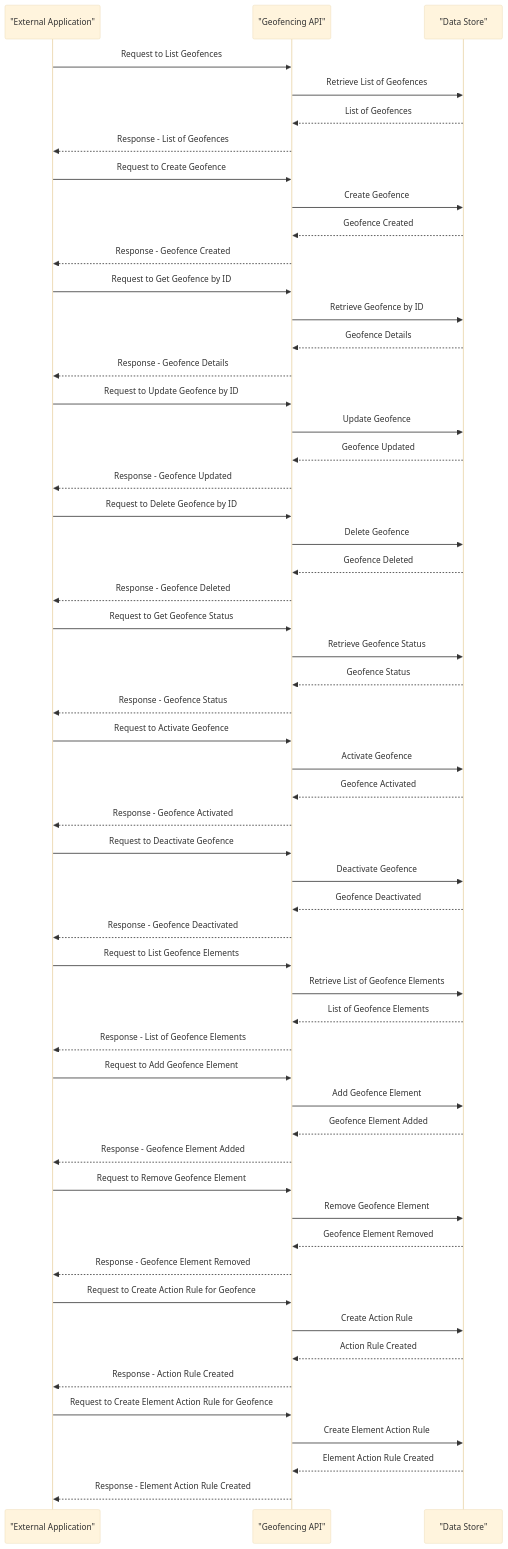
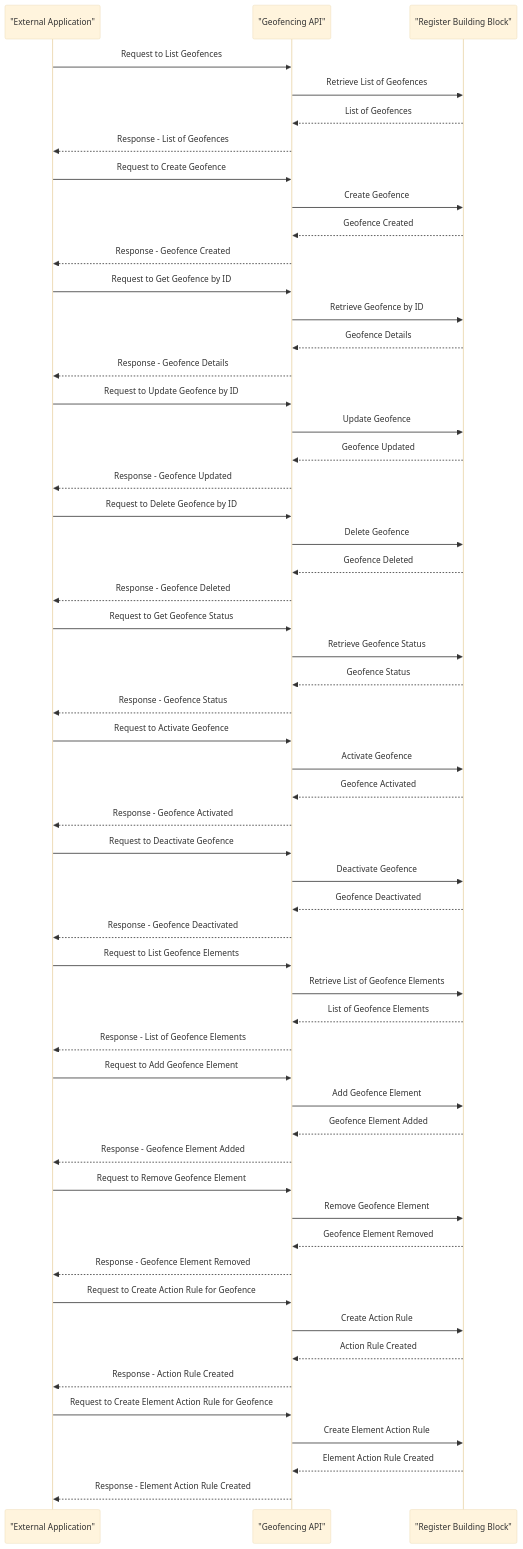
One commit to GovStackWorkingGroup/bb-gis changed diagram 15 of 18 in spec/9-workflows.md. Above: the diagram before and after it, drawn with Mermaid (base theme). The commit also changed other lines of this file and 20 other files, not shown here.

````diff
--- a/spec/9-workflows.md
+++ b/spec/9-workflows.md
@@ -598,72 +600,72 @@
 ```mermaid
 sequenceDiagram
   participant ExternalApp as "External Application"
   participant GeofencingAPI as "Geofencing API"
-  participant DataStore as "Data Store"
+  participant RegisterBB as "Register Building Block"
 
   ExternalApp ->> GeofencingAPI: Request to List Geofences
-  GeofencingAPI ->> DataStore: Retrieve List of Geofences
-  DataStore -->> GeofencingAPI: List of Geofences
+  GeofencingAPI ->> RegisterBB: Retrieve List of Geofences
+  RegisterBB -->> GeofencingAPI: List of Geofences
   GeofencingAPI -->> ExternalApp: Response - List of Geofences
 
   ExternalApp ->> GeofencingAPI: Request to Create Geofence
-  GeofencingAPI ->> DataStore: Create Geofence
-  DataStore -->> GeofencingAPI: Geofence Created
+  GeofencingAPI ->> RegisterBB: Create Geofence
+  RegisterBB -->> GeofencingAPI: Geofence Created
   GeofencingAPI -->> ExternalApp: Response - Geofence Created
 
   ExternalApp ->> GeofencingAPI: Request to Get Geofence by ID
-  GeofencingAPI ->> DataStore: Retrieve Geofence by ID
-  DataStore -->> GeofencingAPI: Geofence Details
+  GeofencingAPI ->> RegisterBB: Retrieve Geofence by ID
+  RegisterBB -->> GeofencingAPI: Geofence Details
   GeofencingAPI -->> ExternalApp: Response - Geofence Details
 
   ExternalApp ->> GeofencingAPI: Request to Update Geofence by ID
-  GeofencingAPI ->> DataStore: Update Geofence
-  DataStore -->> GeofencingAPI: Geofence Updated
+  GeofencingAPI ->> RegisterBB: Update Geofence
+  RegisterBB -->> GeofencingAPI: Geofence Updated
   GeofencingAPI -->> ExternalApp: Response - Geofence Updated
 
   ExternalApp ->> GeofencingAPI: Request to Delete Geofence by ID
-  GeofencingAPI ->> DataStore: Delete Geofence
-  DataStore -->> GeofencingAPI: Geofence Deleted
+  GeofencingAPI ->> RegisterBB: Delete Geofence
+  RegisterBB -->> GeofencingAPI: Geofence Deleted
   GeofencingAPI -->> ExternalApp: Response - Geofence Deleted
 
   ExternalApp ->> GeofencingAPI: Request to Get Geofence Status
-  GeofencingAPI ->> DataStore: Retrieve Geofence Status
-  DataStore -->> GeofencingAPI: Geofence Status
+  GeofencingAPI ->> RegisterBB: Retrieve Geofence Status
+  RegisterBB -->> GeofencingAPI: Geofence Status
   GeofencingAPI -->> ExternalApp: Response - Geofence Status
 
   ExternalApp ->> GeofencingAPI: Request to Activate Geofence
-  GeofencingAPI ->> DataStore: Activate Geofence
-  DataStore -->> GeofencingAPI: Geofence Activated
+  GeofencingAPI ->> RegisterBB: Activate Geofence
+  RegisterBB -->> GeofencingAPI: Geofence Activated
   GeofencingAPI -->> ExternalApp: Response - Geofence Activated
 
   ExternalApp ->> GeofencingAPI: Request to Deactivate Geofence
-  GeofencingAPI ->> DataStore: Deactivate Geofence
-  DataStore -->> GeofencingAPI: Geofence Deactivated
+  GeofencingAPI ->> RegisterBB: Deactivate Geofence
+  RegisterBB -->> GeofencingAPI: Geofence Deactivated
   GeofencingAPI -->> ExternalApp: Response - Geofence Deactivated
 
   ExternalApp ->> GeofencingAPI: Request to List Geofence Elements
-  GeofencingAPI ->> DataStore: Retrieve List of Geofence Elements
-  DataStore -->> GeofencingAPI: List of Geofence Elements
+  GeofencingAPI ->> RegisterBB: Retrieve List of Geofence Elements
+  RegisterBB -->> GeofencingAPI: List of Geofence Elements
   GeofencingAPI -->> ExternalApp: Response - List of Geofence Elements
 
   ExternalApp ->> GeofencingAPI: Request to Add Geofence Element
-  GeofencingAPI ->> DataStore: Add Geofence Element
-  DataStore -->> GeofencingAPI: Geofence Element Added
+  GeofencingAPI ->> RegisterBB: Add Geofence Element
+  RegisterBB -->> GeofencingAPI: Geofence Element Added
   GeofencingAPI -->> ExternalApp: Response - Geofence Element Added
 
   ExternalApp ->> GeofencingAPI: Request to Remove Geofence Element
-  GeofencingAPI ->> DataStore: Remove Geofence Element
-  DataStore -->> GeofencingAPI: Geofence Element Removed
+  GeofencingAPI ->> RegisterBB: Remove Geofence Element
+  RegisterBB -->> GeofencingAPI: Geofence Element Removed
   GeofencingAPI -->> ExternalApp: Response - Geofence Element Removed
 
   ExternalApp ->> GeofencingAPI: Request to Create Action Rule for Geofence
-  GeofencingAPI ->> DataStore: Create Action Rule
-  DataStore -->> GeofencingAPI: Action Rule Created
+  GeofencingAPI ->> RegisterBB: Create Action Rule
+  RegisterBB -->> GeofencingAPI: Action Rule Created
   GeofencingAPI -->> ExternalApp: Response - Action Rule Created
 
   ExternalApp ->> GeofencingAPI: Request to Create Element Action Rule for Geofence
-  GeofencingAPI ->> DataStore: Create Element Action Rule
-  DataStore -->> GeofencingAPI: Element Action Rule Created
+  GeofencingAPI ->> RegisterBB: Create Element Action Rule
+  RegisterBB -->> GeofencingAPI: Element Action Rule Created
   GeofencingAPI -->> ExternalApp: Response - Element Action Rule Created
 
 ```
````
